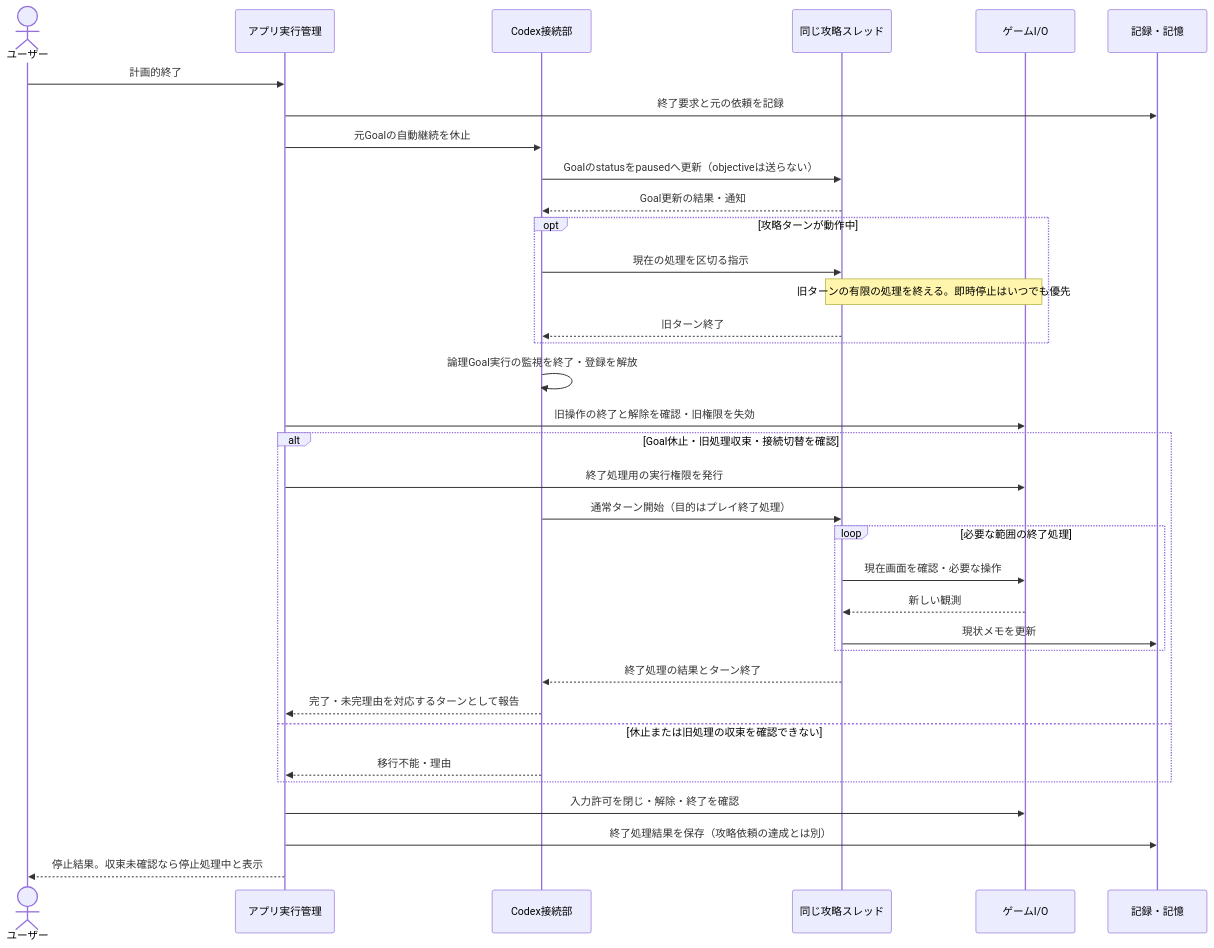
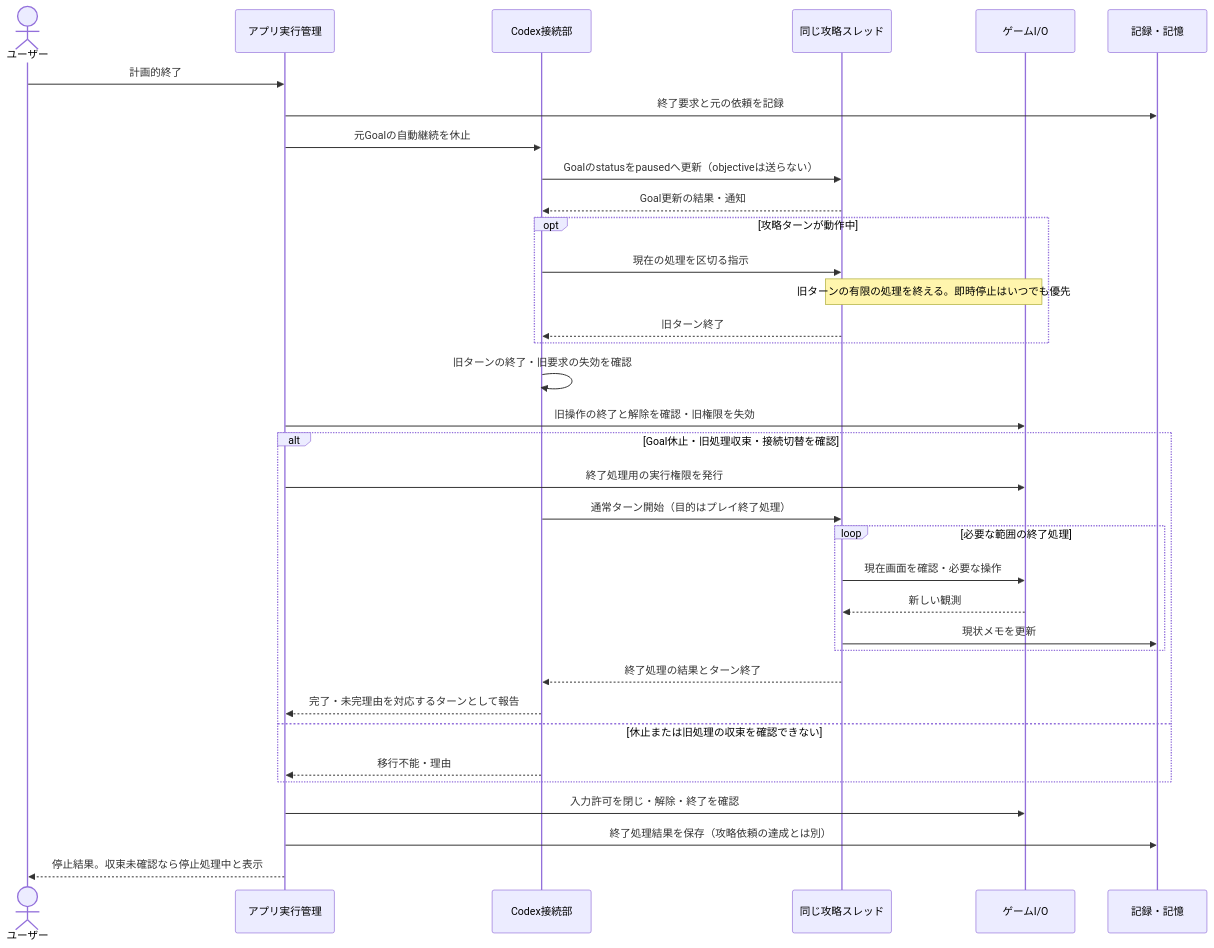
The fourth of 8 diagrams in spec/initial/09-control-flows.md (niart120/Project_Gigas), drawn with Mermaid before and after one commit. The commit also changed other lines of this file and 6 other files, not shown here.

````diff
--- a/spec/initial/09-control-flows.md
+++ b/spec/initial/09-control-flows.md
@@ -173,37 +173,37 @@
 ```mermaid
 sequenceDiagram
     actor U as ユーザー
     participant A as アプリ実行管理
     participant C as Codex接続部
     participant R as 同じ攻略スレッド
     participant G as ゲームI/O
     participant D as 記録・記憶
     U->>A: 計画的終了
     A->>D: 終了要求と元の依頼を記録
     A->>C: 元Goalの自動継続を休止
     C->>R: Goalのstatusをpausedへ更新（objectiveは送らない）
     R-->>C: Goal更新の結果・通知
     opt 攻略ターンが動作中
         C->>R: 現在の処理を区切る指示
         Note over R,G: 旧ターンの有限の処理を終える。即時停止はいつでも優先
         R-->>C: 旧ターン終了
     end
-    C->>C: 論理Goal実行の監視を終了・登録を解放
+    C->>C: 旧ターンの終了・旧要求の失効を確認
     A->>G: 旧操作の終了と解除を確認・旧権限を失効
     alt Goal休止・旧処理収束・接続切替を確認
         A->>G: 終了処理用の実行権限を発行
         C->>R: 通常ターン開始（目的はプレイ終了処理）
         loop 必要な範囲の終了処理
             R->>G: 現在画面を確認・必要な操作
             G-->>R: 新しい観測
             R->>D: 現状メモを更新
         end
         R-->>C: 終了処理の結果とターン終了
         C-->>A: 完了・未完理由を対応するターンとして報告
     else 休止または旧処理の収束を確認できない
         C-->>A: 移行不能・理由
     end
     A->>G: 入力許可を閉じ・解除・終了を確認
     A->>D: 終了処理結果を保存（攻略依頼の達成とは別）
     A-->>U: 停止結果。収束未確認なら停止処理中と表示
 ```
````
